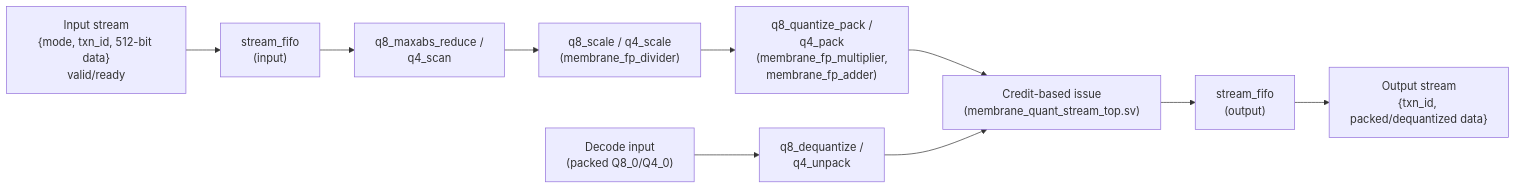
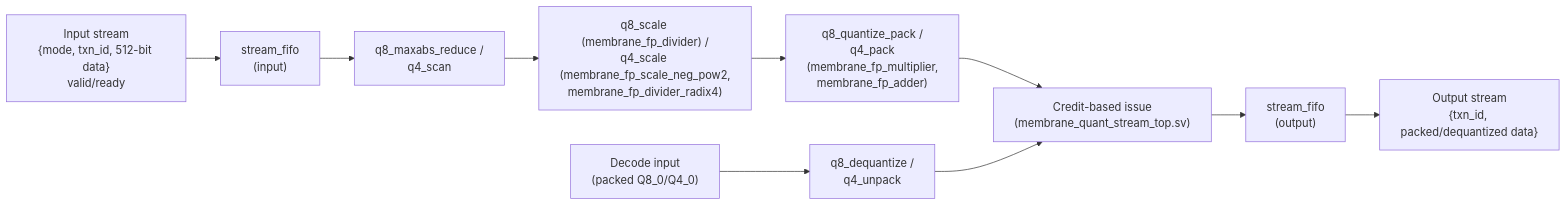
One commit to kadireren7/membrane changed the third of 4 diagrams in docs/architecture.md. Above: the diagram before and after it, drawn with Mermaid. The commit also changed other lines of this file and 28 other files, not shown here.

````diff
--- a/docs/architecture.md
+++ b/docs/architecture.md
@@ -154,13 +154,13 @@
 ```mermaid
 flowchart LR
     IN["Input stream\n{mode, txn_id, 512-bit data}\nvalid/ready"] --> FIFO_IN["stream_fifo\n(input)"]
     FIFO_IN --> MAXABS["q8_maxabs_reduce /\nq4_scan"]
-    MAXABS --> SCALE["q8_scale / q4_scale\n(membrane_fp_divider)"]
+    MAXABS --> SCALE["q8_scale (membrane_fp_divider) /\nq4_scale (membrane_fp_scale_neg_pow2,\nmembrane_fp_divider_radix4)"]
     SCALE --> QUANT["q8_quantize_pack /\nq4_pack\n(membrane_fp_multiplier,\nmembrane_fp_adder)"]
     QUANT --> PACK["Credit-based issue\n(membrane_quant_stream_top.sv)"]
     PACK --> FIFO_OUT["stream_fifo\n(output)"]
     FIFO_OUT --> OUT["Output stream\n{txn_id, packed/dequantized data}"]
 
     DEC_IN["Decode input\n(packed Q8_0/Q4_0)"] --> DEQUANT["q8_dequantize /\nq4_unpack"]
     DEQUANT --> PACK
 ```
````
